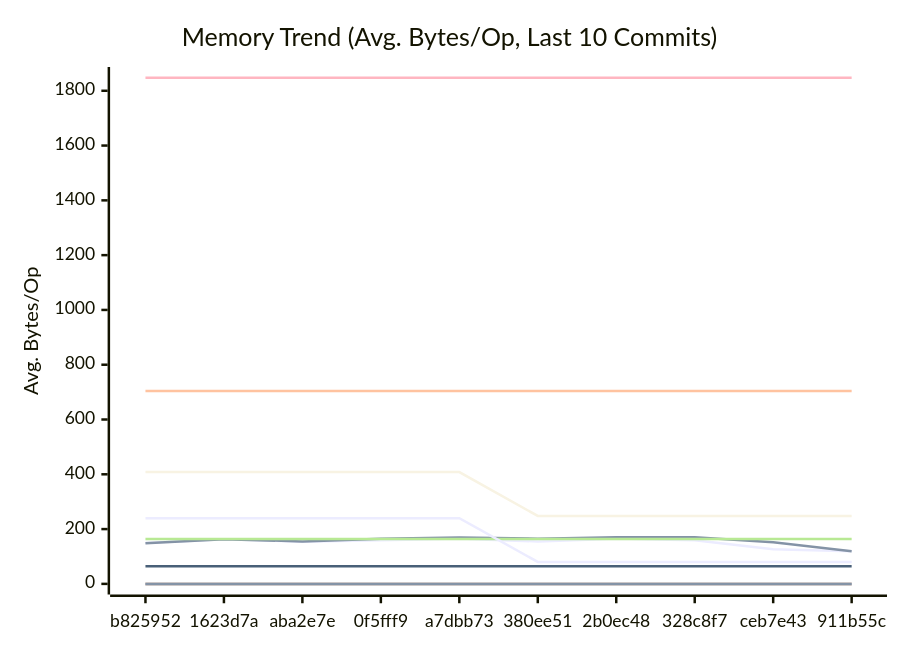
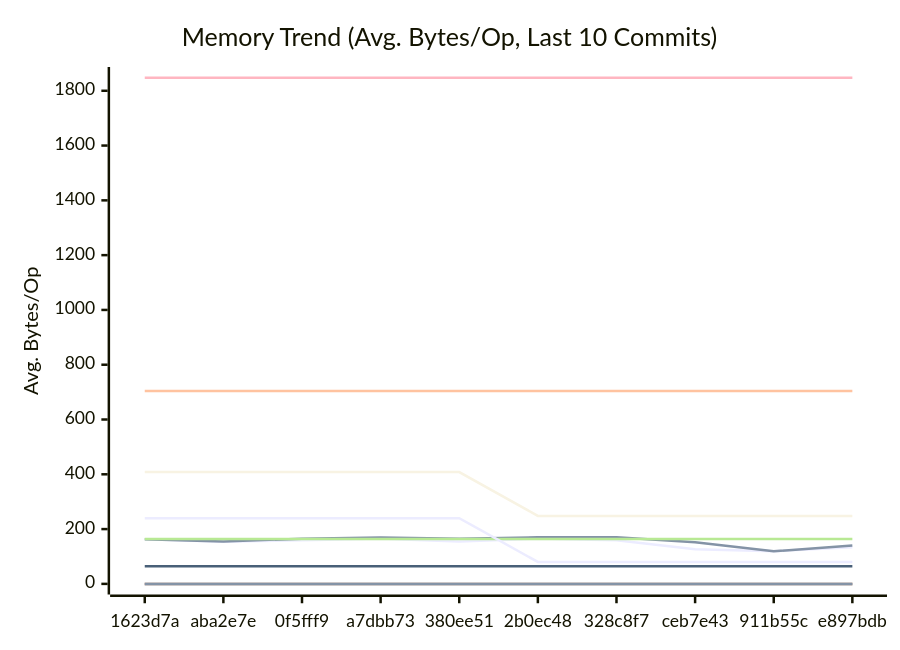
The second of 3 diagrams in docs/PERFORMANCE.md (alsotoes/momo), drawn with Mermaid before and after one commit. The commit also changed other lines of this file and 3 other files, not shown here.

````diff
--- a/docs/PERFORMANCE.md
+++ b/docs/PERFORMANCE.md
@@ -171,20 +171,20 @@
 ```mermaid
 xychart-beta
     title "Memory Trend (Avg. Bytes/Op, Last 10 Commits)"
     x-axis "Commit"
     y-axis "Avg. Bytes/Op"
-    x-axis [b825952,1623d7a,aba2e7e,0f5fff9,a7dbb73,380ee51,2b0ec48,328c8f7,ceb7e43,911b55c]
-    line "AWSChunkedReaderSigned" [149,163,154,159,165,155,165,159,126,119]
-    line "AWSChunkedReaderUnsigned" [148,163,155,165,169,165,170,170,152,119]
+    x-axis [1623d7a,aba2e7e,0f5fff9,a7dbb73,380ee51,2b0ec48,328c8f7,ceb7e43,911b55c,e897bdb]
+    line "AWSChunkedReaderSigned" [163,154,159,165,155,165,159,126,119,134]
+    line "AWSChunkedReaderUnsigned" [163,155,165,169,165,170,170,152,119,140]
     line "CheckMetricsAndSwap" [0,0,0,0,0,0,0,0,0,0]
     line "CrushOptimized" [0,0,0,0,0,0,0,0,0,0]
     line "CrushOriginal" [164,164,164,164,164,164,164,164,164,164]
     line "IndexDirectTracking" [0,0,0,0,0,0,0,0,0,0]
     line "IndexSearch" [0,0,0,0,0,0,0,0,0,0]
     line "LoadGlobalConfig" [1848,1848,1848,1848,1848,1848,1848,1848,1848,1848]
     line "PadString" [64,64,64,64,64,64,64,64,64,64]
     line "ParseReplicationOrder_NoPrealloc" [408,408,408,408,408,248,248,248,248,248]
     line "ParseReplicationOrder_Prealloc" [240,240,240,240,240,80,80,80,80,80]
     line "SanitizeLog/Safe" [0,0,0,0,0,0,0,0,0,0]
     line "SanitizeLog/Unsafe" [704,704,704,704,704,704,704,704,704,704]
 ```
````
